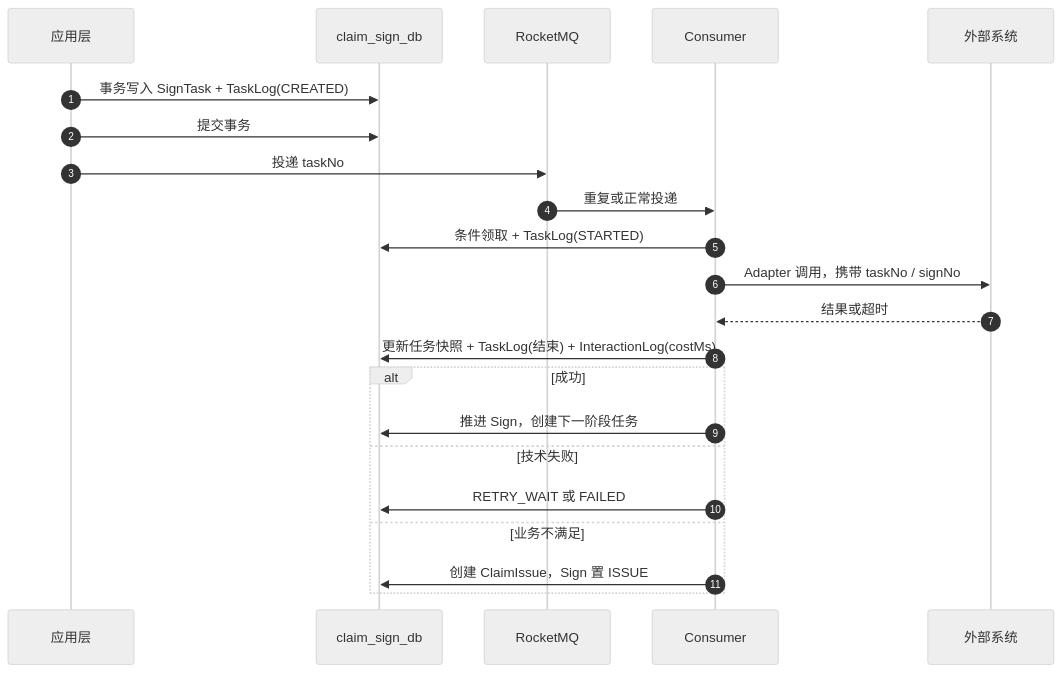
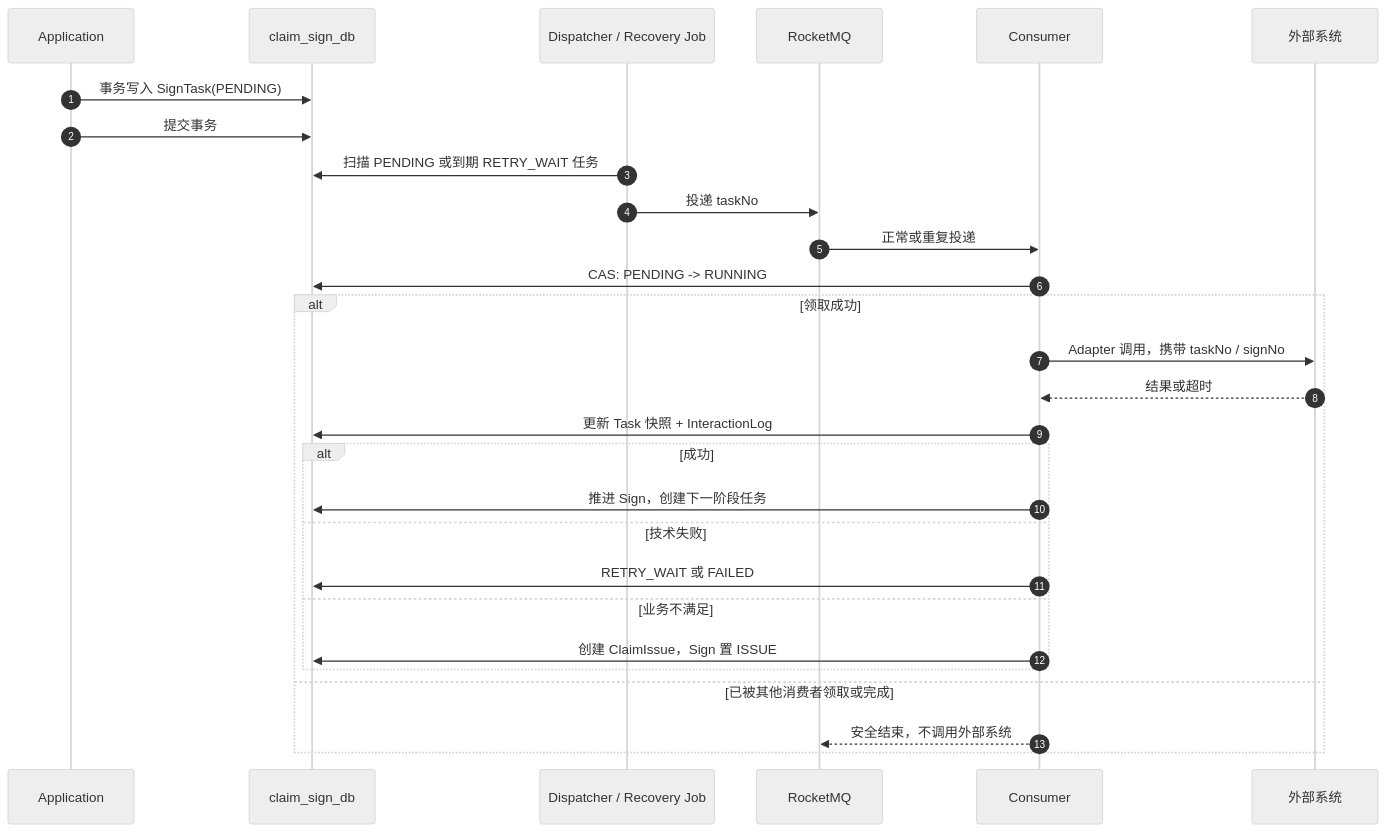
The fifth of 5 diagrams in docs/specs/sign-workflow/design.md (wangguangwu/claim-platform), drawn with Mermaid (neutral theme) before and after one commit. The commit also changed other lines of this file and 3 other files, not shown here.

````diff
--- a/docs/specs/sign-workflow/design.md
+++ b/docs/specs/sign-workflow/design.md
@@ -177,25 +160,31 @@
 ```mermaid
 sequenceDiagram
     autonumber
-    participant App as 应用层
+    participant App as Application
     participant DB as claim_sign_db
+    participant D as Dispatcher / Recovery Job
     participant MQ as RocketMQ
     participant C as Consumer
     participant X as 外部系统
 
-    App->>DB: 事务写入 SignTask + TaskLog(CREATED)
+    App->>DB: 事务写入 SignTask(PENDING)
     App->>DB: 提交事务
-    App->>MQ: 投递 taskNo
-    MQ->>C: 重复或正常投递
-    C->>DB: 条件领取 + TaskLog(STARTED)
-    C->>X: Adapter 调用，携带 taskNo / signNo
-    X-->>C: 结果或超时
-    C->>DB: 更新任务快照 + TaskLog(结束) + InteractionLog(costMs)
-    alt 成功
-        C->>DB: 推进 Sign，创建下一阶段任务
-    else 技术失败
-        C->>DB: RETRY_WAIT 或 FAILED
-    else 业务不满足
-        C->>DB: 创建 ClaimIssue，Sign 置 ISSUE
+    D->>DB: 扫描 PENDING 或到期 RETRY_WAIT 任务
+    D->>MQ: 投递 taskNo
+    MQ->>C: 正常或重复投递
+    C->>DB: CAS: PENDING -> RUNNING
+    alt 领取成功
+        C->>X: Adapter 调用，携带 taskNo / signNo
+        X-->>C: 结果或超时
+        C->>DB: 更新 Task 快照 + InteractionLog
+        alt 成功
+            C->>DB: 推进 Sign，创建下一阶段任务
+        else 技术失败
+            C->>DB: RETRY_WAIT 或 FAILED
+        else 业务不满足
+            C->>DB: 创建 ClaimIssue，Sign 置 ISSUE
+        end
+    else 已被其他消费者领取或完成
+        C-->>MQ: 安全结束，不调用外部系统
     end
 ```
````
